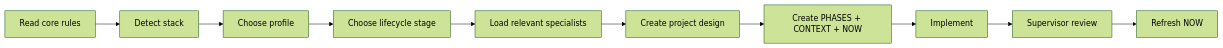
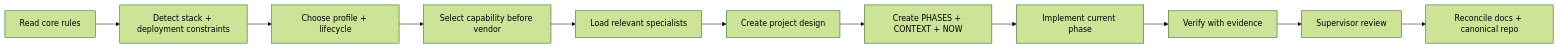
The diagram in HANDBOOK.md (cloverhimself/engineering-handbook), drawn with Mermaid (forest theme) before and after one commit. The commit also changed other lines of this file, not shown here.

Commit message:
docs: add V1.1 technology and verification flow

````diff
--- a/HANDBOOK.md
+++ b/HANDBOOK.md
@@ -85,12 +86,13 @@
 ```mermaid
 flowchart LR
-    A[Read core rules] --> B[Detect stack]
-    B --> C[Choose profile]
-    C --> D[Choose lifecycle stage]
+    A[Read core rules] --> B[Detect stack + deployment constraints]
+    B --> C[Choose profile + lifecycle]
+    C --> D[Select capability before vendor]
     D --> E[Load relevant specialists]
     E --> F[Create project design]
     F --> G[Create PHASES + CONTEXT + NOW]
-    G --> H[Implement]
-    H --> I[Supervisor review]
-    I --> J[Refresh NOW]
+    G --> H[Implement current phase]
+    H --> I[Verify with evidence]
+    I --> J[Supervisor review]
+    J --> K[Reconcile docs + canonical repo]
 ```
````
